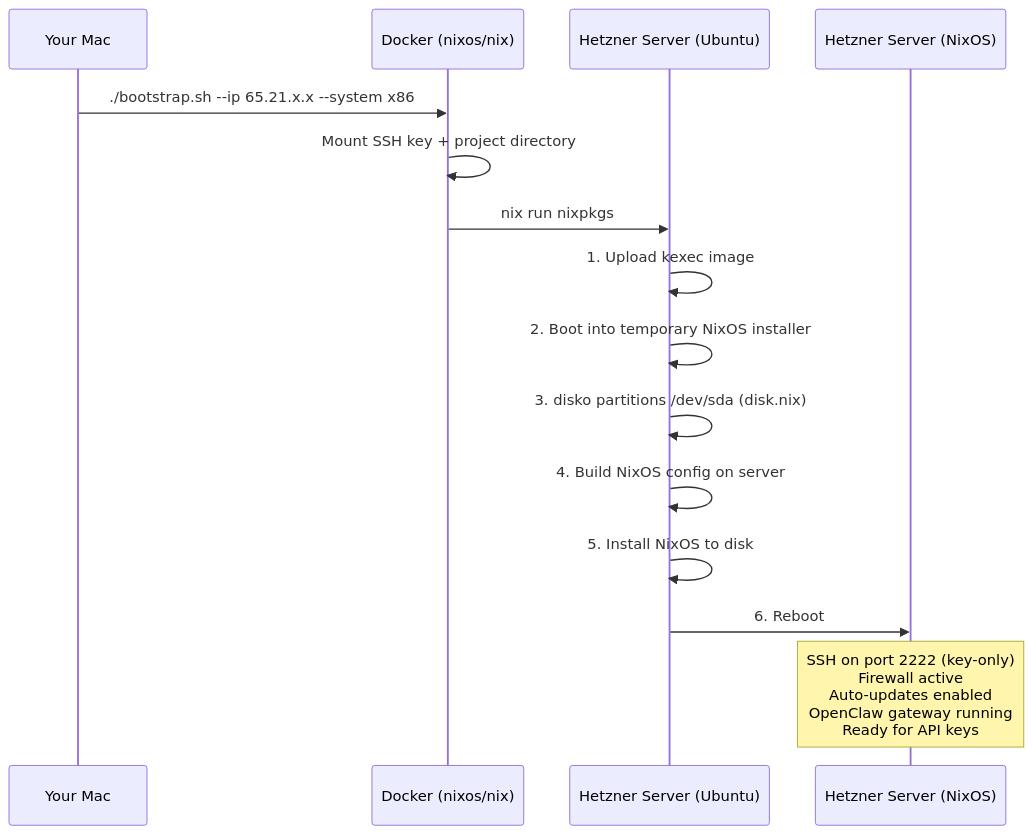
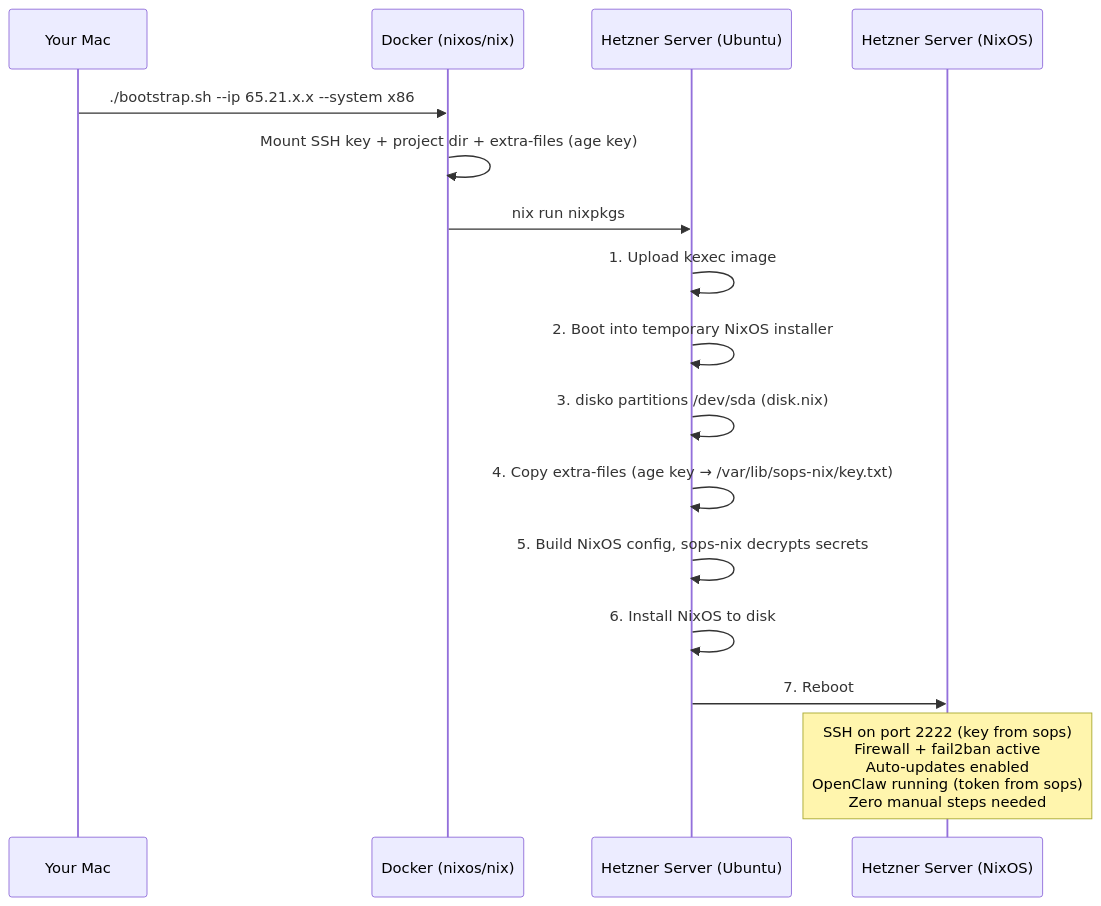
Before and after one commit to dagadbm/vps: the third of 4 diagrams in specs/architecture.md, drawn with Mermaid. The commit also changed other lines of this file and 11 other files, not shown here.

First line of the commit message:
implement sops-nix for encrypted secret management

````diff
--- a/specs/architecture.md
+++ b/specs/architecture.md
@@ -161,18 +190,19 @@
 ```mermaid
 sequenceDiagram
     participant Mac as Your Mac
     participant Docker as Docker (nixos/nix)
     participant Ubuntu as Hetzner Server (Ubuntu)
     participant NixOS as Hetzner Server (NixOS)
 
     Mac->>Docker: ./bootstrap.sh --ip 65.21.x.x --system x86
-    Docker->>Docker: Mount SSH key + project directory
-    Docker->>Ubuntu: nix run nixpkgs#nixos-anywhere<br/>--flake /work#vps-x86<br/>--target-host root@65.21.x.x
+    Docker->>Docker: Mount SSH key + project dir + extra-files (age key)
+    Docker->>Ubuntu: nix run nixpkgs#nixos-anywhere<br/>--flake /work#vps-x86<br/>--extra-files /extra-files<br/>--target-host root@65.21.x.x
     Ubuntu->>Ubuntu: 1. Upload kexec image
     Ubuntu->>Ubuntu: 2. Boot into temporary NixOS installer
     Ubuntu->>Ubuntu: 3. disko partitions /dev/sda (disk.nix)
-    Ubuntu->>Ubuntu: 4. Build NixOS config on server
-    Ubuntu->>Ubuntu: 5. Install NixOS to disk
-    Ubuntu->>NixOS: 6. Reboot
-    Note over NixOS: SSH on port 2222 (key-only)<br/>Firewall active<br/>Auto-updates enabled<br/>OpenClaw gateway running<br/>Ready for API keys
+    Ubuntu->>Ubuntu: 4. Copy extra-files (age key → /var/lib/sops-nix/key.txt)
+    Ubuntu->>Ubuntu: 5. Build NixOS config, sops-nix decrypts secrets
+    Ubuntu->>Ubuntu: 6. Install NixOS to disk
+    Ubuntu->>NixOS: 7. Reboot
+    Note over NixOS: SSH on port 2222 (key from sops)<br/>Firewall + fail2ban active<br/>Auto-updates enabled<br/>OpenClaw running (token from sops)<br/>Zero manual steps needed
 ```
````
